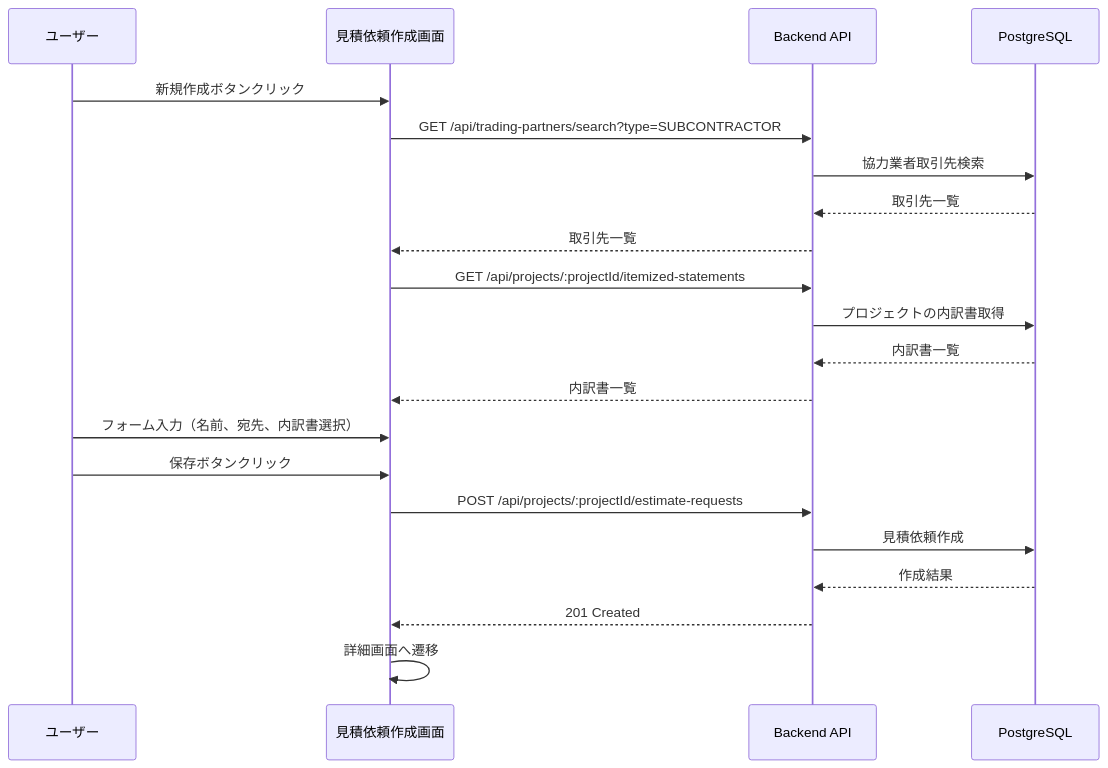
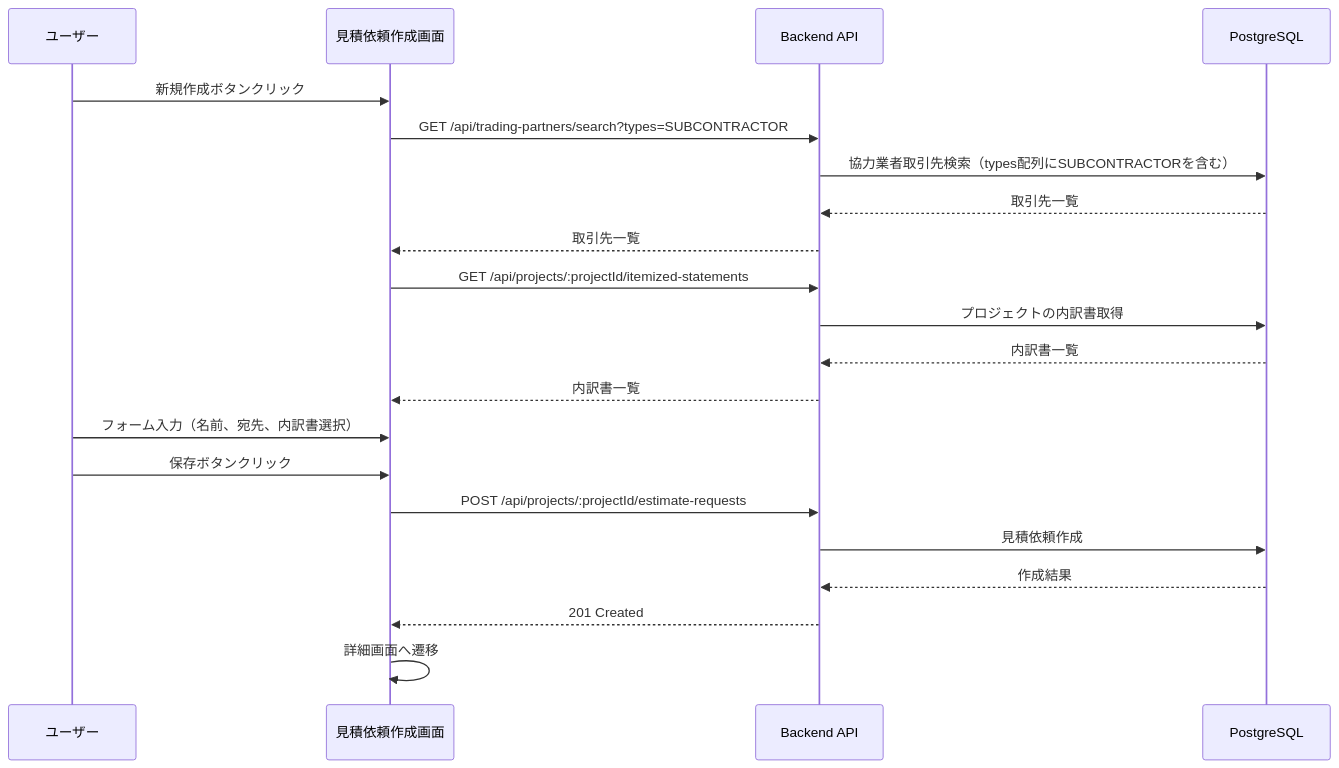
Before and after one commit to inakanou/ArchiTrack: the second of 3 diagrams in .kiro/specs/estimate-request/design.md, drawn with Mermaid. The commit also changed other lines of this file, not shown here.

````diff
--- a/.kiro/specs/estimate-request/design.md
+++ b/.kiro/specs/estimate-request/design.md
@@ -110,24 +110,24 @@
 ```mermaid
 sequenceDiagram
     participant User as ユーザー
     participant UI as 見積依頼作成画面
     participant API as Backend API
     participant DB as PostgreSQL
 
     User->>UI: 新規作成ボタンクリック
-    UI->>API: GET /api/trading-partners/search?type=SUBCONTRACTOR
-    API->>DB: 協力業者取引先検索
+    UI->>API: GET /api/trading-partners/search?types=SUBCONTRACTOR
+    API->>DB: 協力業者取引先検索（types配列にSUBCONTRACTORを含む）
     DB-->>API: 取引先一覧
     API-->>UI: 取引先一覧
     UI->>API: GET /api/projects/:projectId/itemized-statements
     API->>DB: プロジェクトの内訳書取得
     DB-->>API: 内訳書一覧
     API-->>UI: 内訳書一覧
     User->>UI: フォーム入力（名前、宛先、内訳書選択）
     User->>UI: 保存ボタンクリック
     UI->>API: POST /api/projects/:projectId/estimate-requests
     API->>DB: 見積依頼作成
     DB-->>API: 作成結果
     API-->>UI: 201 Created
     UI->>UI: 詳細画面へ遷移
 ```
````
